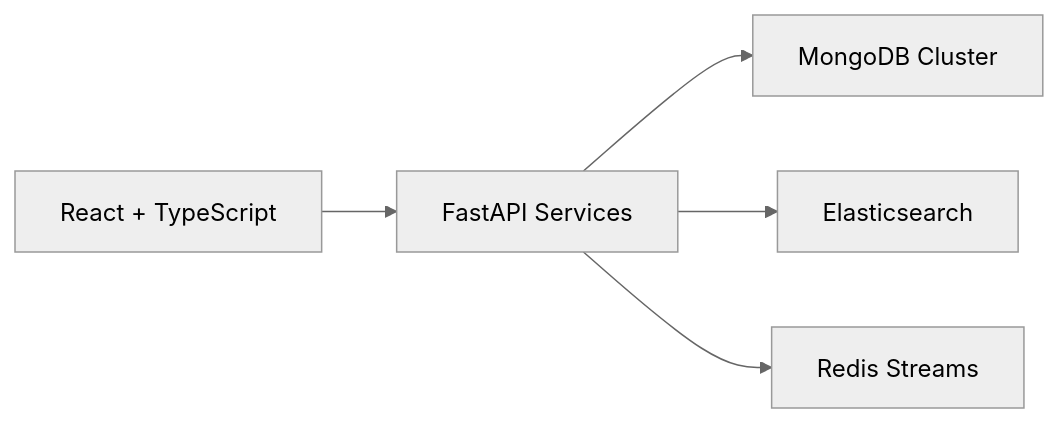
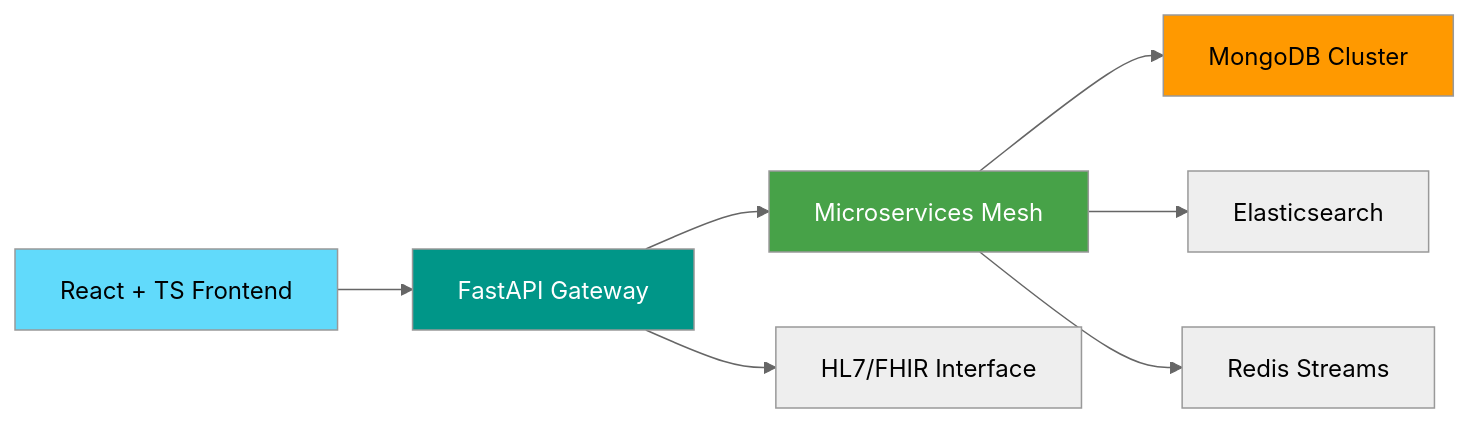
Before and after one commit to mentech93/mentech93: the eighth of 17 diagrams in README.md, drawn with Mermaid (neutral theme). The commit also changed other lines of this file, not shown here.

````diff
--- a/README.md
+++ b/README.md
@@ -593,7 +722,14 @@
 ```mermaid
 graph LR
-    A[React + TypeScript] --> B[FastAPI Services]
-    B --> C[MongoDB Cluster]
-    B --> D[Elasticsearch]
-    B --> E[Redis Streams]
+    A[React + TS Frontend] --> B[FastAPI Gateway]
+    B --> C[Microservices Mesh]
+    C --> D[MongoDB Cluster]
+    C --> E[Elasticsearch]
+    C --> F[Redis Streams]
+    B --> G[HL7/FHIR Interface]
+    
+    style A fill:#61DAFB,color:#000
+    style B fill:#009688,color:#fff
+    style C fill:#47A248,color:#fff
+    style D fill:#FF9900,color:#000
 ```
````
